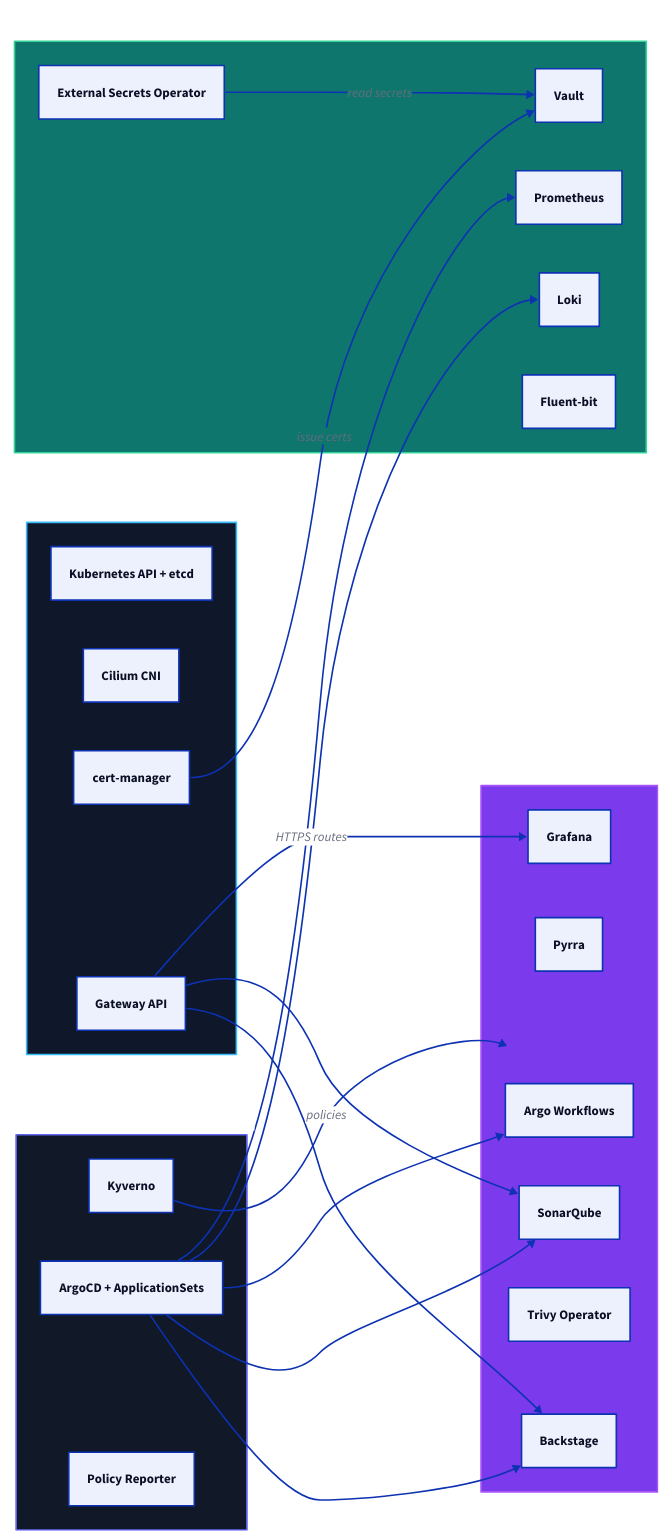
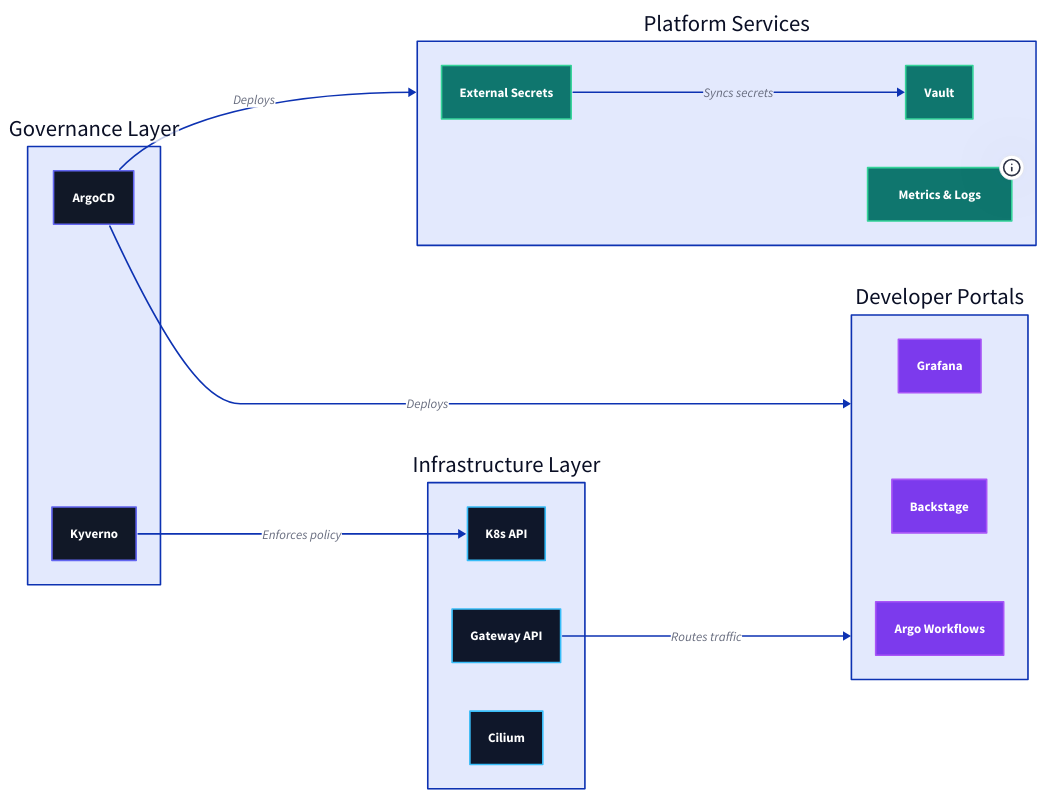
The second of 2 diagrams in Docs/src/content/docs/architecture/overview.md (rou-cru/idp-blueprint), drawn with D2 before and after one commit. The commit also changed other lines of this file and 8 other files, not shown here.

Commit message:
docs: Refactor Gateway API diagram to group routes into stacks and simplify ApplicationSet mapping diagram.

````diff
--- a/Docs/src/content/docs/architecture/overview.md
+++ b/Docs/src/content/docs/architecture/overview.md
@@ -129,60 +111,48 @@
 ```d2
 direction: right
 
 classes: {
-  infra: { style.fill: "#0f172a"; style.stroke: "#38bdf8"; style.font-color: white }
-  svc:   { style.fill: "#0f766e"; style.stroke: "#34d399"; style.font-color: white }
-  gov:   { style.fill: "#111827"; style.stroke: "#6366f1"; style.font-color: white }
-  ux:    { style.fill: "#7c3aed"; style.stroke: "#a855f7"; style.font-color: white }
+  infra: { style: { fill: "#0f172a"; stroke: "#38bdf8"; font-color: white } }
+  svc:   { style: { fill: "#0f766e"; stroke: "#34d399"; font-color: white } }
+  gov:   { style: { fill: "#111827"; stroke: "#6366f1"; font-color: white } }
+  ux:    { style: { fill: "#7c3aed"; stroke: "#a855f7"; font-color: white } }
 }
 
 Infra: {
-  class: infra
-  label: "Infrastructure core"
-  K8s: "Kubernetes API + etcd"
-  Cilium: "Cilium CNI"
-  Gateway: "Gateway API"
-  Cert: "cert-manager"
+  label: "Infrastructure Layer"
+  K8s: { class: infra; label: "K8s API" }
+  Gateway: { class: infra; label: "Gateway API" }
+  Cilium: { class: infra }
 }
 
 Services: {
-  class: svc
-  label: "Platform services"
-  Vault
-  ESO: "External Secrets Operator"
-  Prom: "Prometheus"
-  Loki
-  Fluent: "Fluent-bit"
+  label: "Platform Services"
+  Vault: { class: svc }
+  ESO: { class: svc; label: "External Secrets" }
+  Observability: {
+    class: svc
+    label: "Metrics & Logs"
+    tooltip: "Prometheus, Loki, Fluent-bit"
+  }
 }
 
 Governance: {
-  class: gov
-  label: "Automation & governance"
-  Argo: "ArgoCD + ApplicationSets"
-  Kyverno
-  Reporter: "Policy Reporter"
+  label: "Governance Layer"
+  ArgoCD: { class: gov }
+  Kyverno: { class: gov }
 }
 
 UX: {
-  class: ux
-  label: "Developer-facing"
-  Grafana
-  Pyrra
-  Workflows: "Argo Workflows"
-  Sonar: "SonarQube"
-  Trivy: "Trivy Operator"
-  Backstage
+  label: "Developer Portals"
+  Grafana: { class: ux }
+  Backstage: { class: ux }
+  Workflows: { class: ux; label: "Argo Workflows" }
 }
 
-Infra.Cert -> Services.Vault: "issue certs"
-Services.ESO -> Services.Vault: "read secrets"
-Governance.Argo -> Services.Prom
-Governance.Argo -> Services.Loki
-Governance.Argo -> UX.Workflows
-Governance.Argo -> UX.Sonar
-Governance.Argo -> UX.Backstage
-Governance.Kyverno -> UX.Workflows: "policies"
-Infra.Gateway -> UX.Grafana: "HTTPS routes"
-Infra.Gateway -> UX.Backstage
-Infra.Gateway -> UX.Sonar
+# Key Flows
+Infra.Gateway -> UX: "Routes traffic"
+Governance.ArgoCD -> Services: "Deploys"
+Governance.ArgoCD -> UX: "Deploys"
+Services.ESO -> Services.Vault: "Syncs secrets"
+Governance.Kyverno -> Infra.K8s: "Enforces policy"
 ```
````
